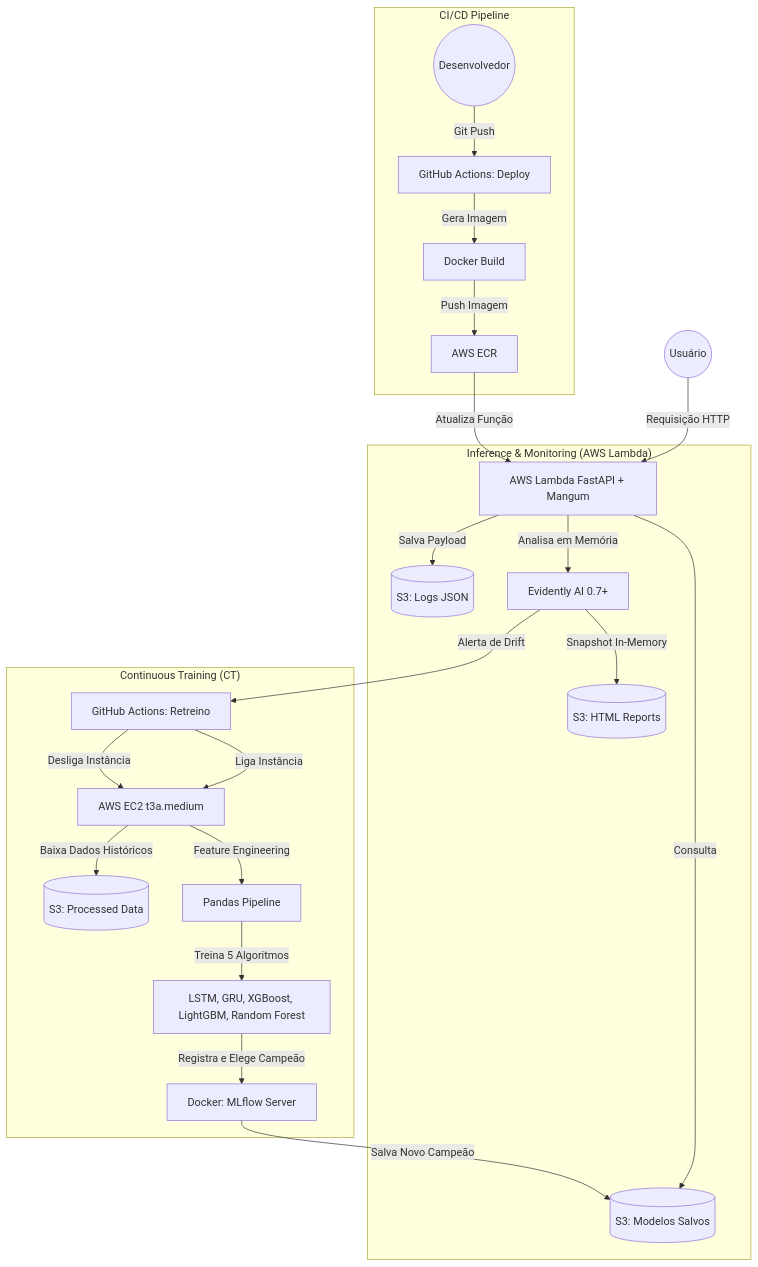
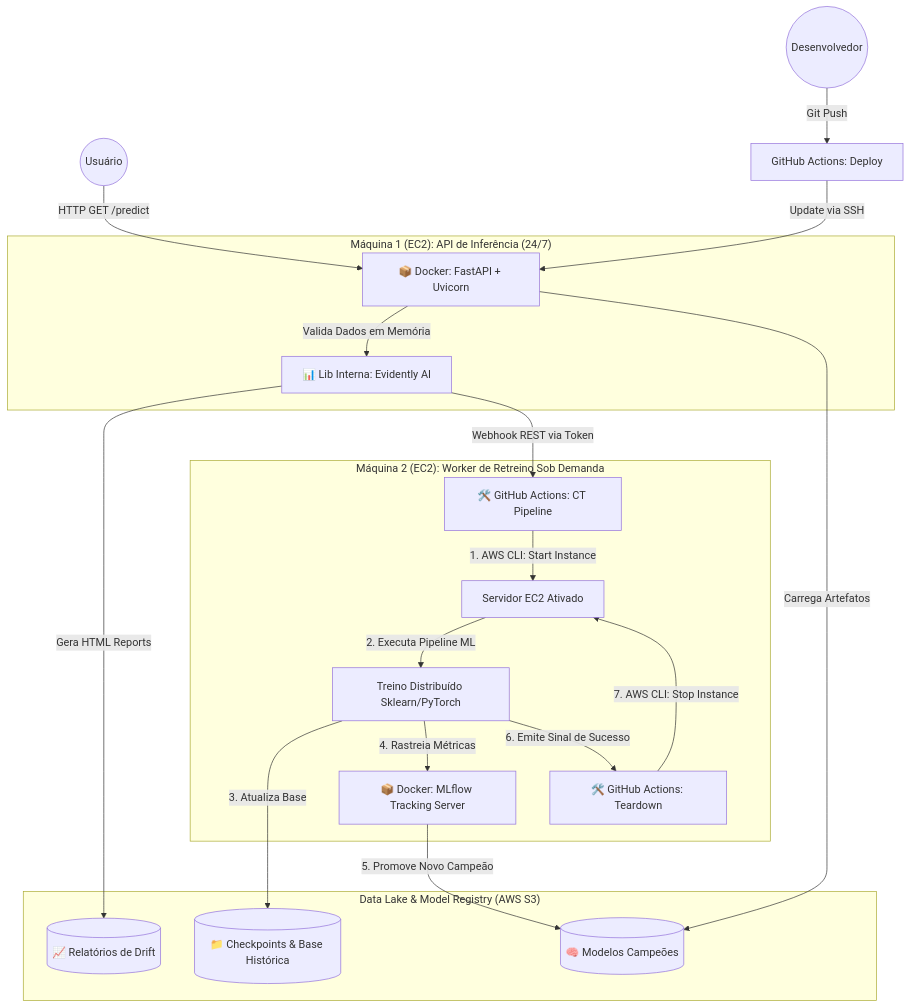
The diagram in README.md (Tales-Santos-code/financial-asset-price-forecasting), drawn with Mermaid before and after one commit. The commit also changed other lines of this file, not shown here.

````diff
--- a/README.md
+++ b/README.md
@@ -13,29 +13,40 @@
 ```mermaid
 graph TD
-    User((Usuário)) -->|Requisição HTTP| API[AWS Lambda FastAPI + Mangum]
+    User((Usuário)) -->|HTTP GET /predict| API
+    Dev((Desenvolvedor)) -->|Git Push| GH_Deploy[GitHub Actions: Deploy]
     
-    subgraph "Inference & Monitoring (AWS Lambda)"
-        API -->|Salva Payload| S3_Logs[(S3: Logs JSON)]
-        API -->|Consulta| S3_Model[(S3: Modelos Salvos)]
-        API -->|Analisa em Memória| Evidently[Evidently AI 0.7+]
-        Evidently -->|Snapshot In-Memory| S3_Reports[(S3: HTML Reports)]
+    %% MÁQUINA 1: Sempre ligada
+    subgraph "Máquina 1 (EC2): API de Inferência (24/7)"
+        API[📦 Docker: FastAPI + Uvicorn] 
+        Evidently[📊 Lib Interna: Evidently AI]
+        API -->|Valida Dados em Memória| Evidently
+    end
+    
+    GH_Deploy -->|Update via SSH| API
+
+    %% AWS S3: O coração dos dados
+    subgraph "Data Lake & Model Registry (AWS S3)"
+        S3_Model[(🧠 Modelos Campeões)]
+        S3_Reports[(📈 Relatórios de Drift)]
+        S3_Data[(📁 Checkpoints & Base Histórica)]
     end
 
-    subgraph "Continuous Training (CT)"
-        Evidently -->|Alerta de Drift| GH_Actions_Retrain[GitHub Actions: Retreino]
-        GH_Actions_Retrain -->|Liga Instância| EC2[AWS EC2 t3a.medium]
-        EC2 -->|Baixa Dados Históricos| S3_Data[(S3: Processed Data)]
-        EC2 -->|Feature Engineering| Pipeline[Pandas Pipeline]
-        Pipeline -->|Treina 5 Algoritmos| ML_Models[LSTM, GRU, XGBoost, LightGBM, Random Forest]
-        ML_Models -->|Registra e Elege Campeão| MLflow[Docker: MLflow Server]
-        MLflow -->|Salva Novo Campeão| S3_Model
-        GH_Actions_Retrain -->|Desliga Instância| EC2
-    end
+    API -->|Carrega Artefatos| S3_Model
+    Evidently -->|Gera HTML Reports| S3_Reports
 
-    subgraph "CI/CD Pipeline"
-        Dev((Desenvolvedor)) -->|Git Push| GH_Actions_Deploy[GitHub Actions: Deploy]
-        GH_Actions_Deploy -->|Gera Imagem| Docker[Docker Build]
-        Docker -->|Push Imagem| ECR[AWS ECR]
-        ECR -->|Atualiza Função| API
+    %% A PONTE: O Gatilho de Drift
+    Evidently -->|Webhook REST via Token| GH_CT[🛠️ GitHub Actions: CT Pipeline]
+
+    %% MÁQUINA 2: Infraestrutura Efêmera
+    subgraph "Máquina 2 (EC2): Worker de Retreino Sob Demanda"
+        GH_CT -->|1. AWS CLI: Start Instance| EC2_ML[Servidor EC2 Ativado]
+        EC2_ML -->|2. Executa Pipeline ML| Pipeline[Treino Distribuído Sklearn/PyTorch]
+        Pipeline -->|3. Atualiza Base| S3_Data
+        Pipeline -->|4. Rastreia Métricas| MLflow[📦 Docker: MLflow Tracking Server]
+        MLflow -->|5. Promove Novo Campeão| S3_Model
+        
+        %% Ciclo de Desligamento
+        Pipeline -->|6. Emite Sinal de Sucesso| GH_CT_Off[🛠️ GitHub Actions: Teardown]
+        GH_CT_Off -->|7. AWS CLI: Stop Instance| EC2_ML
     end
 ```
````
